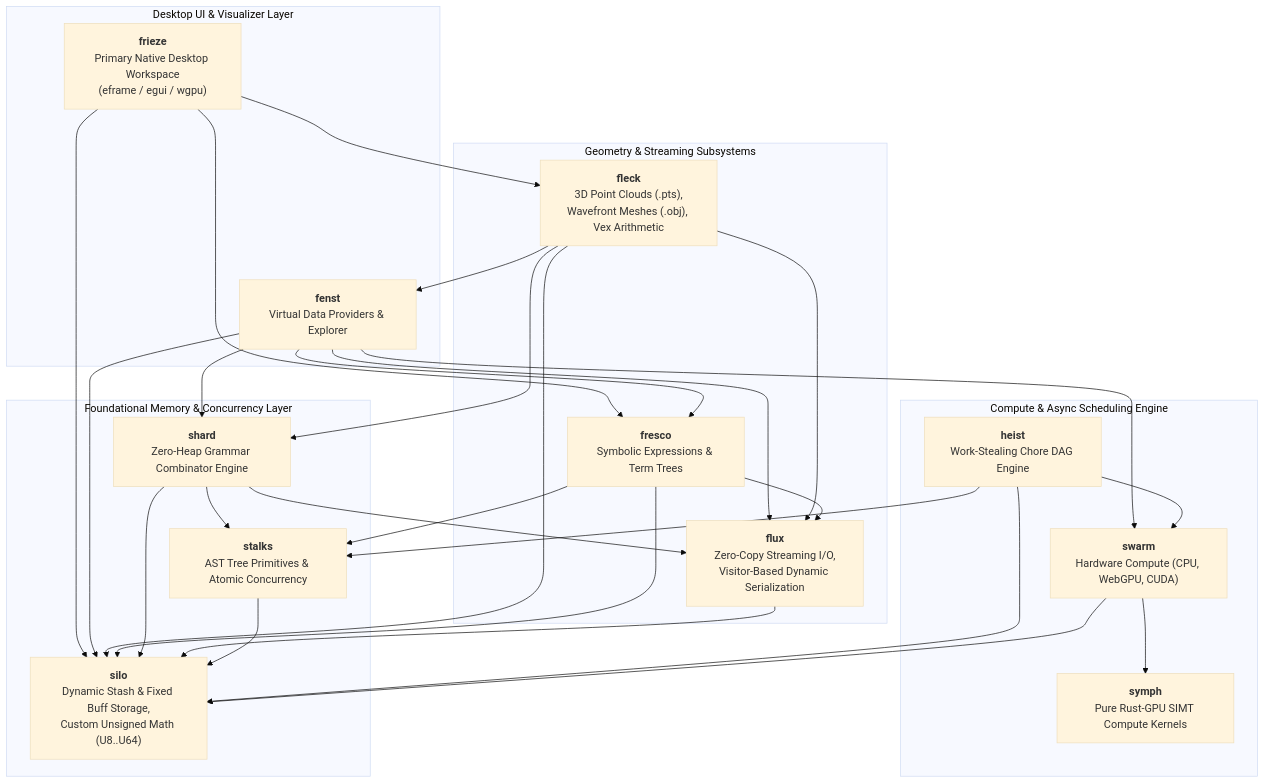
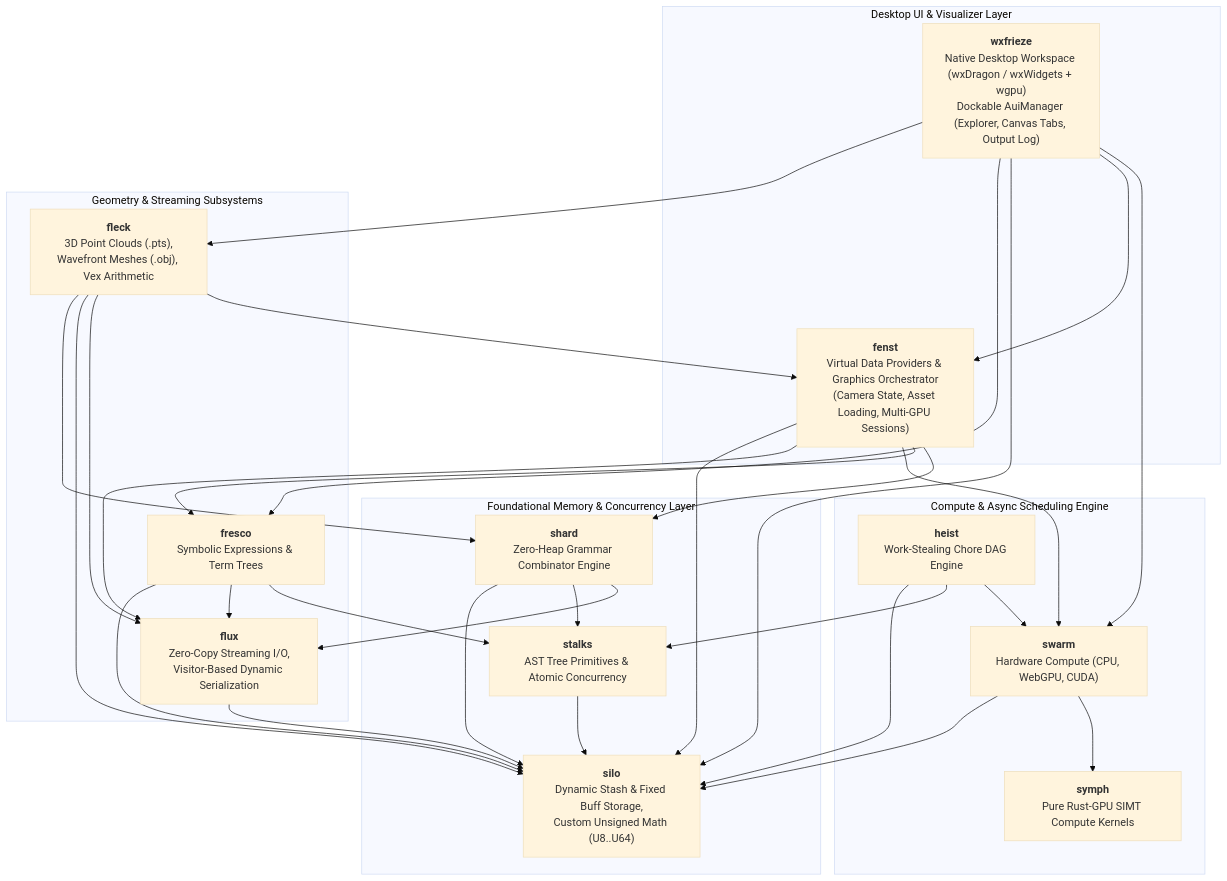
Before and after one commit to jswarup/Kosh: the diagram in wiki/Architecture.md, drawn with Mermaid (base theme). The commit also changed other lines of this file and 5 other files, not shown here.

First line of the commit message:
Docs: Update architecture documentation for wxfrieze and clean up wiki

````diff
--- a/wiki/Architecture.md
+++ b/wiki/Architecture.md
@@ -7,57 +7,60 @@
 ```mermaid
 flowchart TD
     subgraph UI ["Desktop UI & Visualizer Layer"]
-        Frieze["<b>frieze</b><br/>Primary Native Desktop Workspace<br/>(eframe / egui / wgpu)"]
-        Fenst["<b>fenst</b><br/>Virtual Data Providers & Explorer"]
+        WxFrieze["<b>wxfrieze</b><br/>Native Desktop Workspace (wxDragon / wxWidgets + wgpu)<br/>Dockable AuiManager (Explorer, Canvas Tabs, Output Log)"]
+        Fenst["<b>fenst</b><br/>Virtual Data Providers & Graphics Orchestrator<br/>(Camera State, Asset Loading, Multi-GPU Sessions)"]
     end
 
     subgraph Geometry ["Geometry & Streaming Subsystems"]
         Fleck["<b>fleck</b><br/>3D Point Clouds (.pts),<br/>Wavefront Meshes (.obj), Vex Arithmetic"]
         Flux["<b>flux</b><br/>Zero-Copy Streaming I/O,<br/>Visitor-Based Dynamic Serialization"]
         Fresco["<b>fresco</b><br/>Symbolic Expressions & Term Trees"]
     end
 
     subgraph Compute ["Compute & Async Scheduling Engine"]
         Heist["<b>heist</b><br/>Work-Stealing Chore DAG Engine"]
         Swarm["<b>swarm</b><br/>Hardware Compute (CPU, WebGPU, CUDA)"]
         Symph["<b>symph</b><br/>Pure Rust-GPU SIMT Compute Kernels"]
     end
 
     subgraph Foundation ["Foundational Memory & Concurrency Layer"]
         Shard["<b>shard</b><br/>Zero-Heap Grammar Combinator Engine"]
         Stalks["<b>stalks</b><br/>AST Tree Primitives & Atomic Concurrency"]
         Silo["<b>silo</b><br/>Dynamic Stash & Fixed Buff Storage,<br/>Custom Unsigned Math (U8..U64)"]
     end
 
-    Frieze --> Fleck
-    Frieze --> Fresco
-    Frieze --> Silo
+    WxFrieze --> Fleck
+    WxFrieze --> Fresco
+    WxFrieze --> Silo
+    WxFrieze --> Fenst
+    WxFrieze --> Swarm
+
     Fenst --> Silo
     Fenst --> Flux
     Fenst --> Swarm
     Fenst --> Fresco
     Fenst --> Shard
 
     Fleck --> Shard
     Fleck --> Silo
     Fleck --> Flux
     Fleck --> Fenst
 
     Fresco --> Silo
     Fresco --> Flux
     Fresco --> Stalks
 
     Heist --> Silo
     Heist --> Stalks
     Heist --> Swarm
 
     Swarm --> Silo
     Swarm --> Symph
 
     Shard --> Silo
     Shard --> Stalks
     Shard --> Flux
 
     Flux --> Silo
     Stalks --> Silo
 ```
````
